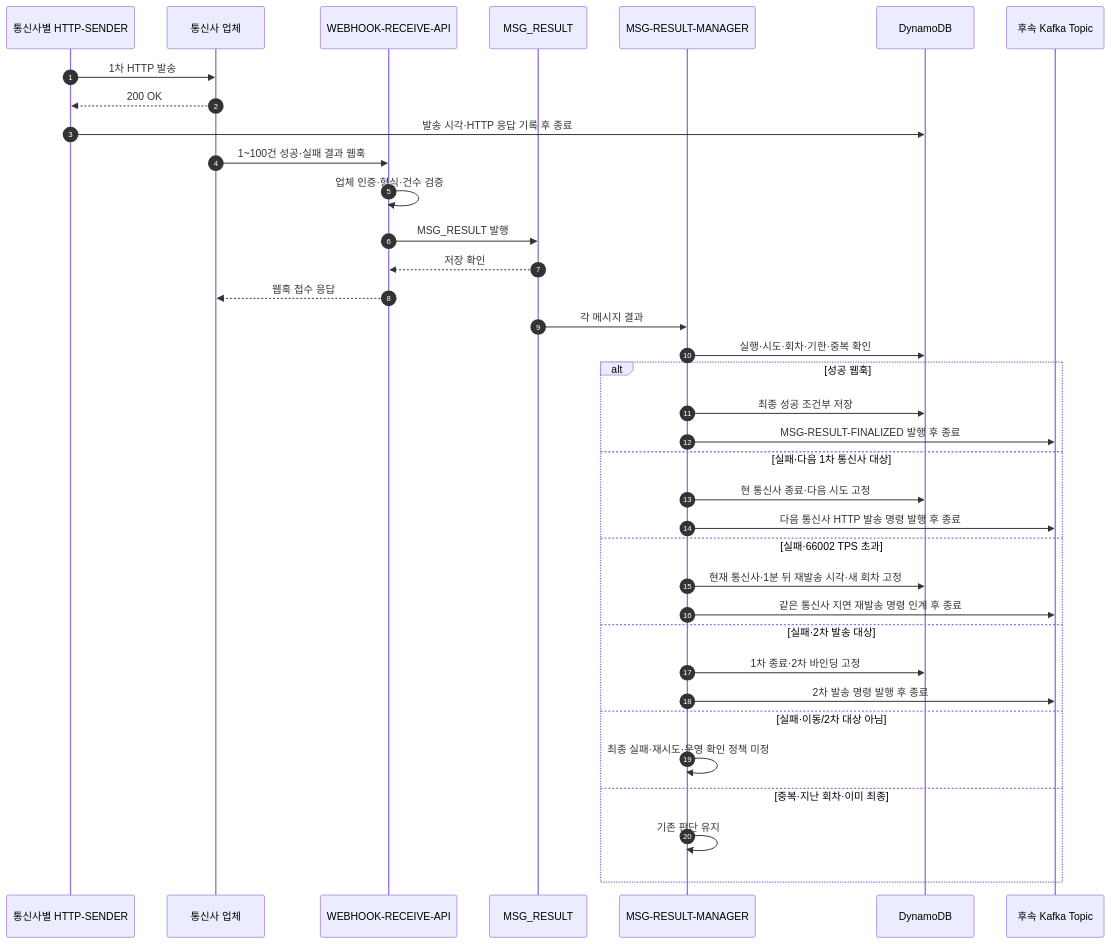
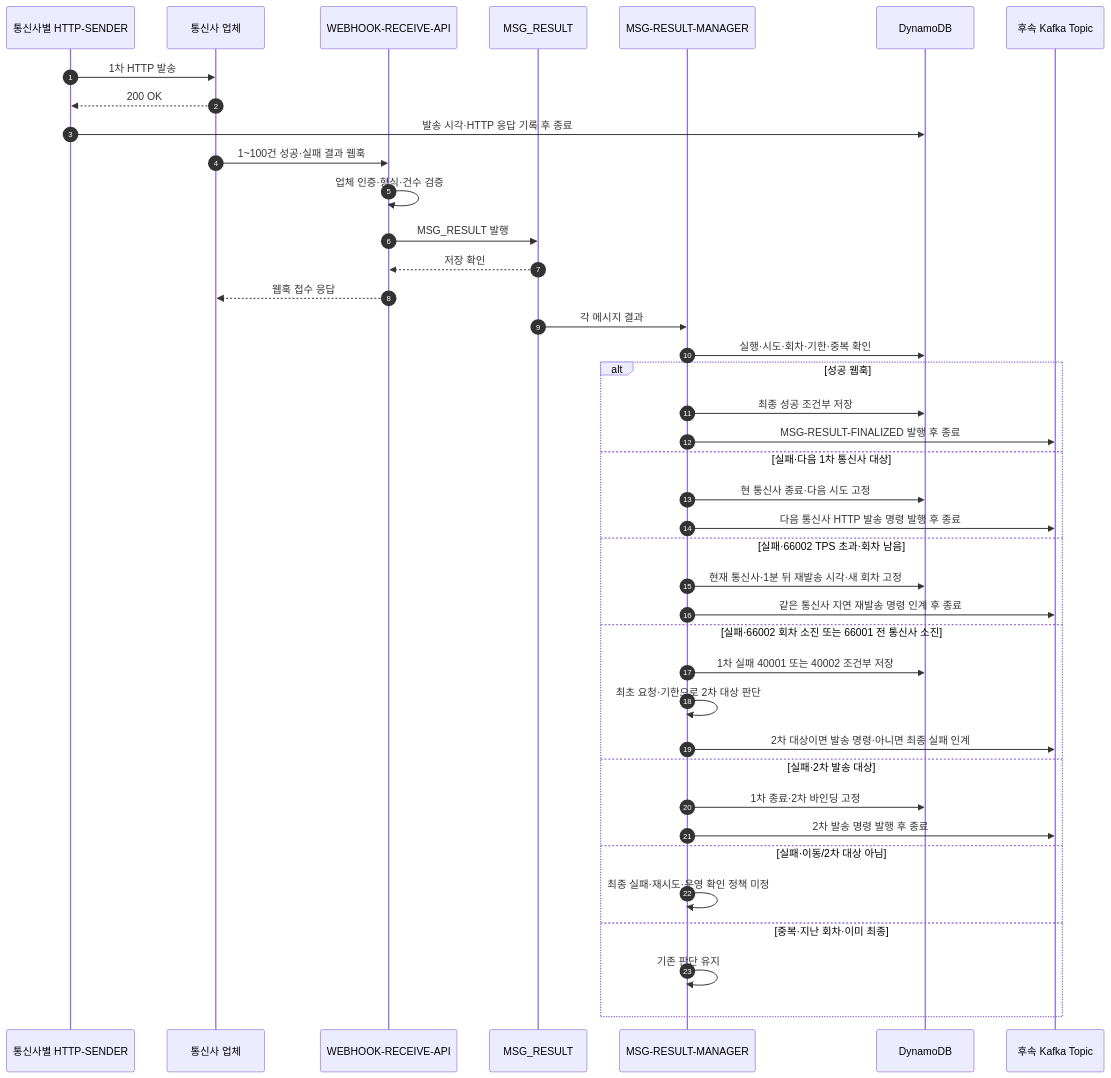
Before and after one commit to hyun-seung/High-throughput-event-platform: the seventh of 10 diagrams in docs/53-신규-메시지-케이스별-Call-Flow.md, drawn with Mermaid. The commit also changed other lines of this file and 5 other files, not shown here.

````diff
--- a/docs/53-신규-메시지-케이스별-Call-Flow.md
+++ b/docs/53-신규-메시지-케이스별-Call-Flow.md
@@ -193,38 +193,42 @@
 ```mermaid
 sequenceDiagram
     autonumber
     participant S as 통신사별 HTTP-SENDER
     participant P as 통신사 업체
     participant W as WEBHOOK-RECEIVE-API
     participant K as MSG_RESULT
     participant M as MSG-RESULT-MANAGER
     participant D as DynamoDB
     participant T as 후속 Kafka Topic
     S->>P: 1차 HTTP 발송
     P-->>S: 200 OK
     S->>D: 발송 시각·HTTP 응답 기록 후 종료
     P->>W: 1~100건 성공·실패 결과 웹훅
     W->>W: 업체 인증·형식·건수 검증
     W->>K: MSG_RESULT 발행
     K-->>W: 저장 확인
     W-->>P: 웹훅 접수 응답
     K->>M: 각 메시지 결과
     M->>D: 실행·시도·회차·기한·중복 확인
     alt 성공 웹훅
         M->>D: 최종 성공 조건부 저장
         M->>T: MSG-RESULT-FINALIZED 발행 후 종료
     else 실패·다음 1차 통신사 대상
         M->>D: 현 통신사 종료·다음 시도 고정
         M->>T: 다음 통신사 HTTP 발송 명령 발행 후 종료
-    else 실패·66002 TPS 초과
+    else 실패·66002 TPS 초과·회차 남음
         M->>D: 현재 통신사·1분 뒤 재발송 시각·새 회차 고정
         M->>T: 같은 통신사 지연 재발송 명령 인계 후 종료
+    else 실패·66002 회차 소진 또는 66001 전 통신사 소진
+        M->>D: 1차 실패 40001 또는 40002 조건부 저장
+        M->>M: 최초 요청·기한으로 2차 대상 판단
+        M->>T: 2차 대상이면 발송 명령·아니면 최종 실패 인계
     else 실패·2차 발송 대상
         M->>D: 1차 종료·2차 바인딩 고정
         M->>T: 2차 발송 명령 발행 후 종료
     else 실패·이동/2차 대상 아님
         M->>M: 최종 실패·재시도·운영 확인 정책 미정
     else 중복·지난 회차·이미 최종
         M->>M: 기존 판단 유지
     end
 ```
````
